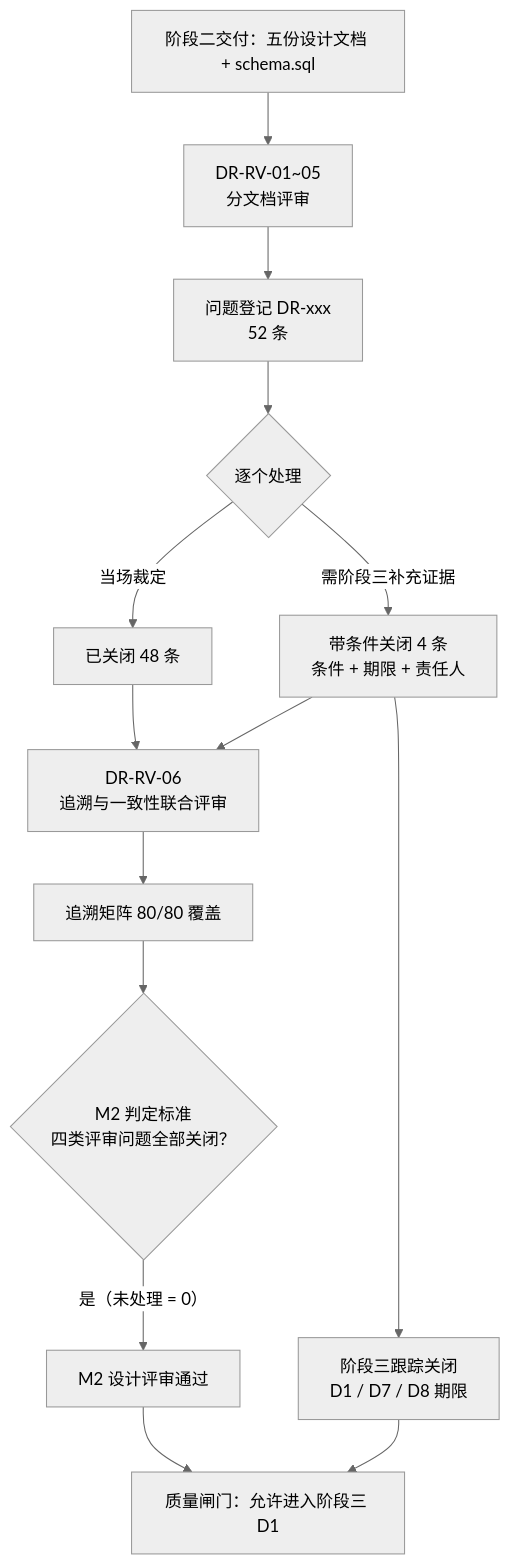
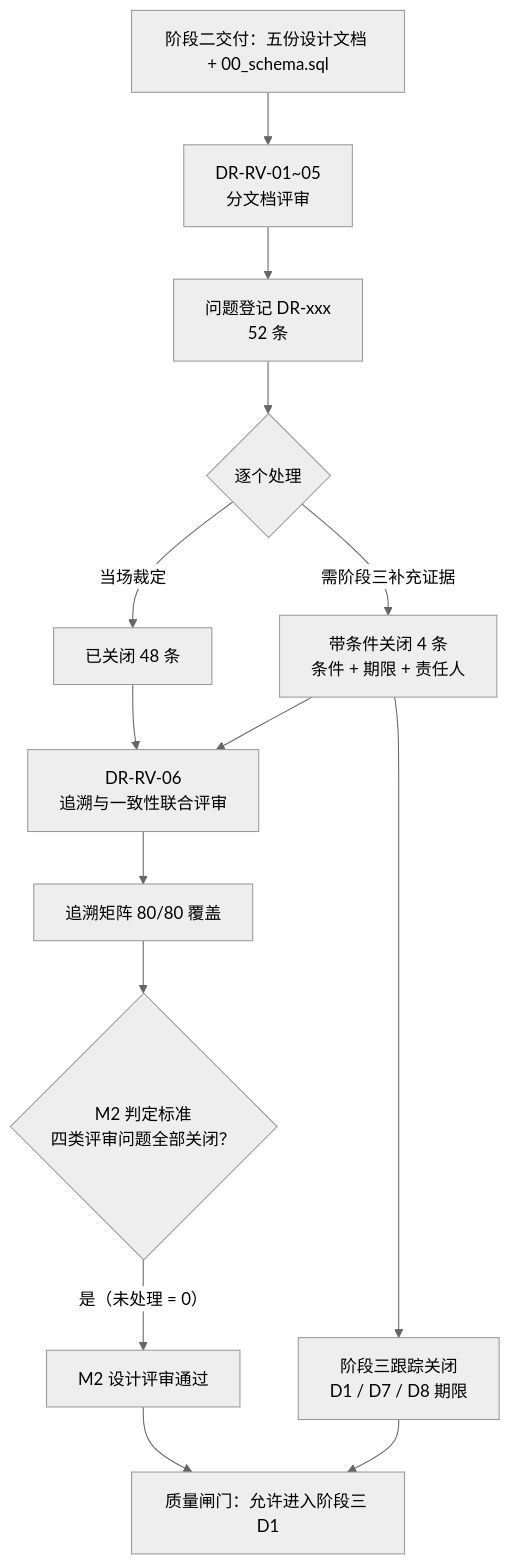
The second of 2 diagrams in docs/phase2-system-design/06-需求追溯与设计评审记录.md (north30-dev/north30-erp-project), drawn with Mermaid (neutral theme) before and after one commit. The commit also changed other lines of this file and 4 other files, not shown here.

First line of the commit message:
docs(sql): 命名 schema.sql 为 00_schema.sql 并拆分种子数据到独立文件

````diff
--- a/docs/phase2-system-design/06-需求追溯与设计评审记录.md
+++ b/docs/phase2-system-design/06-需求追溯与设计评审记录.md
@@ -702,16 +702,16 @@
 ```mermaid
 flowchart TD
-    A["阶段二交付：五份设计文档 + schema.sql"] --> B["DR-RV-01~05<br/>分文档评审"]
+    A["阶段二交付：五份设计文档 + 00_schema.sql"] --> B["DR-RV-01~05<br/>分文档评审"]
     B --> C["问题登记 DR-xxx<br/>52 条"]
     C --> D{"逐个处理"}
     D -->|"当场裁定"| E["已关闭 48 条"]
     D -->|"需阶段三补充证据"| F["带条件关闭 4 条<br/>条件 + 期限 + 责任人"]
     E --> G["DR-RV-06<br/>追溯与一致性联合评审"]
     F --> G
     G --> H["追溯矩阵 80/80 覆盖"]
     H --> I{"M2 判定标准<br/>四类评审问题全部关闭？"}
     I -->|"是（未处理 = 0）"| J["M2 设计评审通过"]
     J --> K["质量闸门：允许进入阶段三 D1"]
     F --> L["阶段三跟踪关闭<br/>D1 / D7 / D8 期限"]
     L --> K
 ```
````
